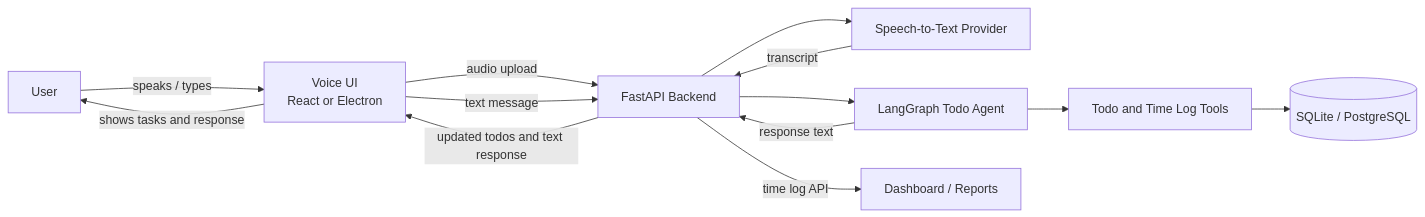
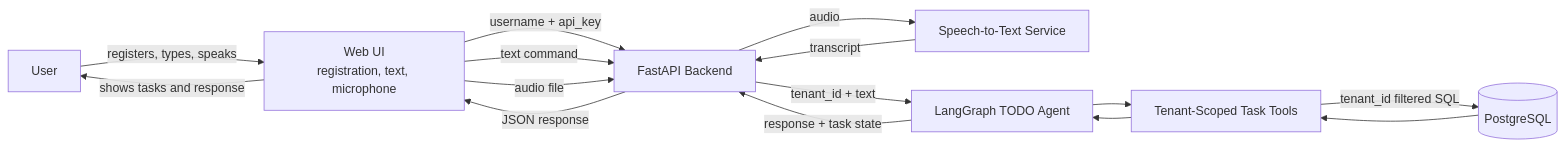
One commit to nishathmnha/langgraph-voice-agent changed the diagram in diagrams/01_system_context.mmd. Above: the diagram before and after it, drawn with Mermaid. The commit also changed 58 other files, not shown here.

```diff
--- a/diagrams/01_system_context.mmd
+++ b/diagrams/01_system_context.mmd
@@ -1,22 +1,23 @@
 flowchart LR
     User["User"]
-    VoiceUI["Voice UI<br/>React or Electron"]
-    FastAPI["FastAPI Backend"]
-    STT["Speech-to-Text Provider"]
-    Agent["LangGraph Todo Agent"]
-    Tools["Todo and Time Log Tools"]
-    DB[("SQLite / PostgreSQL")]
-    Dashboard["Dashboard / Reports"]
+    UI["Web UI<br/>registration, text, microphone"]
+    API["FastAPI Backend"]
+    STT["Speech-to-Text Service"]
+    Graph["LangGraph TODO Agent"]
+    Tools["Tenant-Scoped Task Tools"]
+    DB[("PostgreSQL")]
 
-    User -->|"speaks / types"| VoiceUI
-    VoiceUI -->|"audio upload"| FastAPI
-    VoiceUI -->|"text message"| FastAPI
-    FastAPI --> STT
-    STT -->|"transcript"| FastAPI
-    FastAPI --> Agent
-    Agent --> Tools
-    Tools --> DB
-    Agent -->|"response text"| FastAPI
-    FastAPI -->|"updated todos and text response"| VoiceUI
-    FastAPI -->|"time log API"| Dashboard
-    VoiceUI -->|"shows tasks and response"| User
+    User -->|"registers, types, speaks"| UI
+    UI -->|"username + api_key"| API
+    UI -->|"text command"| API
+    UI -->|"audio file"| API
+    API -->|"audio"| STT
+    STT -->|"transcript"| API
+    API -->|"tenant_id + text"| Graph
+    Graph --> Tools
+    Tools -->|"tenant_id filtered SQL"| DB
+    DB --> Tools
+    Tools --> Graph
+    Graph -->|"response + task state"| API
+    API -->|"JSON response"| UI
+    UI -->|"shows tasks and response"| User
```
